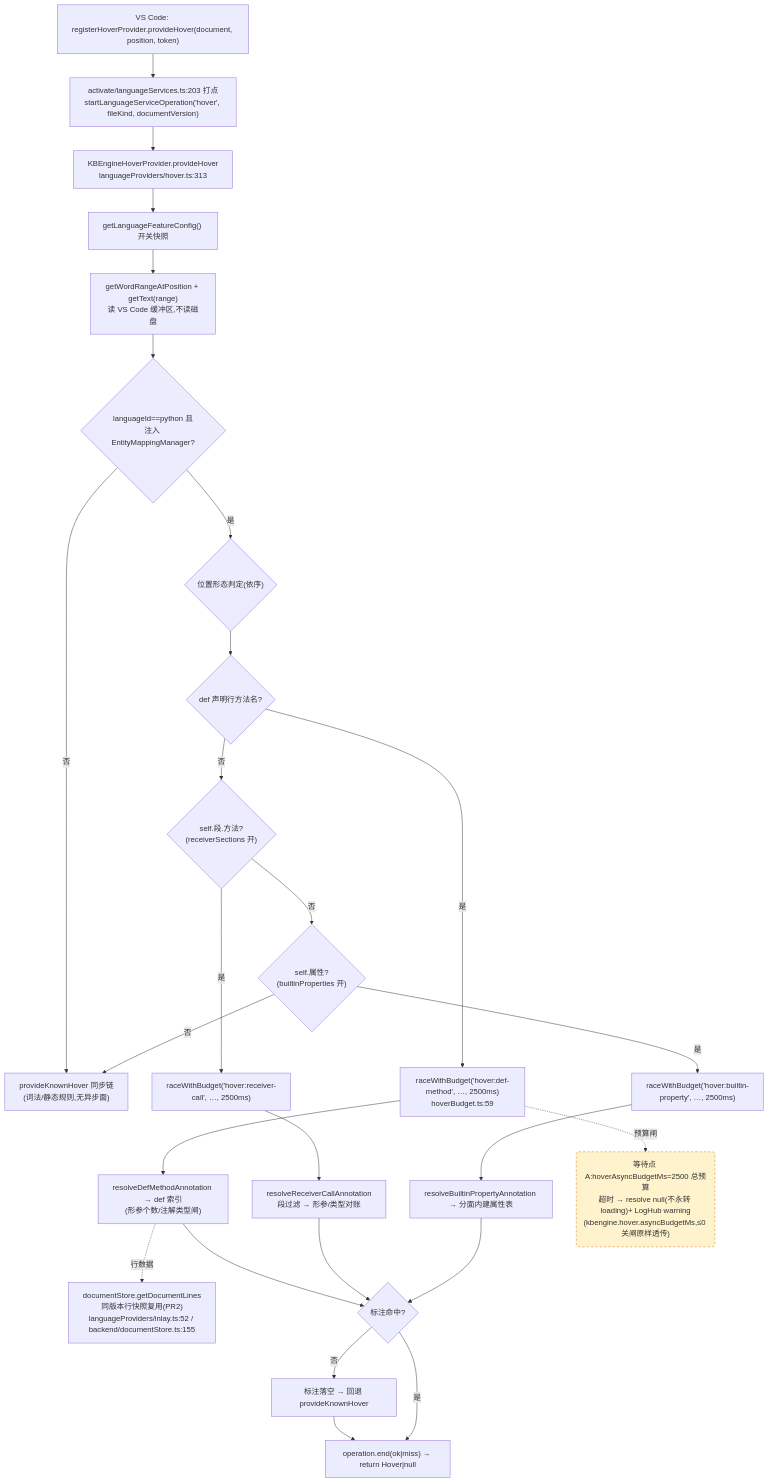
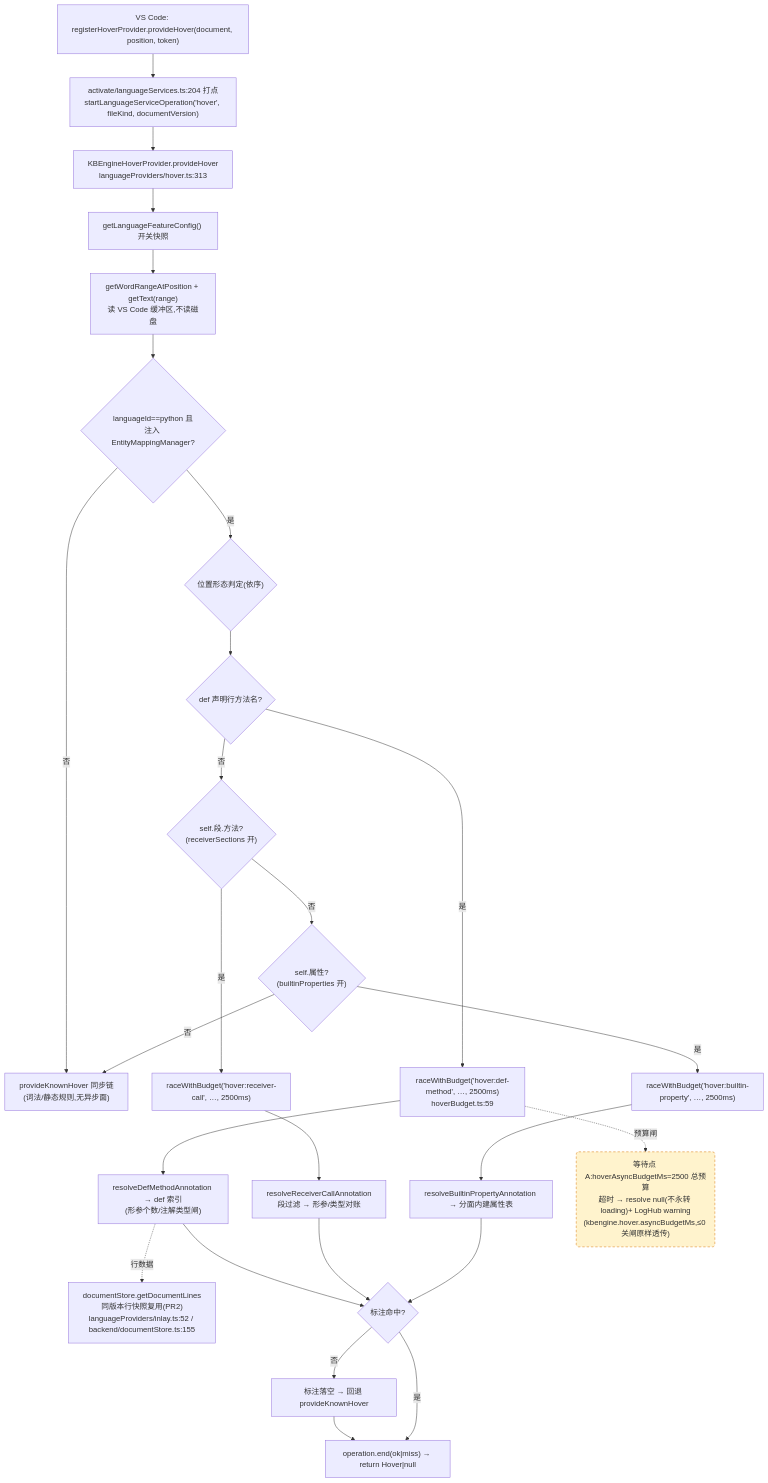
One commit to cuihairu/kode changed the first of 4 diagrams in docs/perf/2026-baseline.md. Above: the diagram before and after it, drawn with Mermaid. The commit also changed other lines of this file and 11 other files, not shown here.

````diff
--- a/docs/perf/2026-baseline.md
+++ b/docs/perf/2026-baseline.md
@@ -88,45 +88,45 @@
 ```mermaid
 flowchart TD
   VC1["VS Code: registerHoverProvider.provideHover(document, position, token)"]
-  M1["activate/languageServices.ts:203 打点<br/>startLanguageServiceOperation('hover', fileKind, documentVersion)"]
+  M1["activate/languageServices.ts:204 打点<br/>startLanguageServiceOperation('hover', fileKind, documentVersion)"]
   HP["KBEngineHoverProvider.provideHover<br/>languageProviders/hover.ts:313"]
   CFG["getLanguageFeatureConfig() 开关快照"]
   WORD["getWordRangeAtPosition + getText(range)<br/>读 VS Code 缓冲区,不读磁盘"]
   BR{"languageId==python 且<br/>注入 EntityMappingManager?"}
   KN["provideKnownHover 同步链<br/>(词法/静态规则,无异步面)"]
   POS{"位置形态判定(依序)"}
   D1{"def 声明行方法名?"}
   D2{"self.段.方法?<br/>(receiverSections 开)"}
   D3{"self.属性?<br/>(builtinProperties 开)"}
   RA1["raceWithBudget('hover:def-method', …, 2500ms)<br/>hoverBudget.ts:59"]
   RA2["raceWithBudget('hover:receiver-call', …, 2500ms)"]
   RA3["raceWithBudget('hover:builtin-property', …, 2500ms)"]
   RS1["resolveDefMethodAnnotation → def 索引<br/>(形参个数/注解类型闸)"]
   RS2["resolveReceiverCallAnnotation<br/>段过滤 → 形参/类型对账"]
   RS3["resolveBuiltinPropertyAnnotation → 分面内建属性表"]
   LINES["documentStore.getDocumentLines<br/>同版本行快照复用(PR2)<br/>languageProviders/inlay.ts:52 / backend/documentStore.ts:155"]
   MISS["标注落空 → 回退 provideKnownHover"]
   END1["operation.end(ok|miss) → return Hover|null"]
 
   VC1 --> M1 --> HP --> CFG --> WORD --> BR
   BR -- "否" --> KN
   BR -- "是" --> POS --> D1
   D1 -- "是" --> RA1 --> RS1
   D1 -- "否" --> D2
   D2 -- "是" --> RA2 --> RS2
   D2 -- "否" --> D3
   D3 -- "是" --> RA3 --> RS3
   D3 -- "否" --> KN
   RS1 --> HIT{"标注命中?"}
   RS2 --> HIT
   RS3 --> HIT
   RS1 -.->|行数据| LINES
   HIT -- "否" --> MISS --> END1
   HIT -- "是" --> END1
 
   WAITA("等待点 A:hoverAsyncBudgetMs=2500 总预算<br/>超时 → resolve null(不永转 loading)+ LogHub warning<br/>(kbengine.hover.asyncBudgetMs,≤0 关闸原样透传)")
   RA1 -.->|预算闸| WAITA
 
   classDef waitPoint fill:#fff3cd,stroke:#d97706,stroke-dasharray:5 4;
   class WAITA waitPoint;
 ```
````
